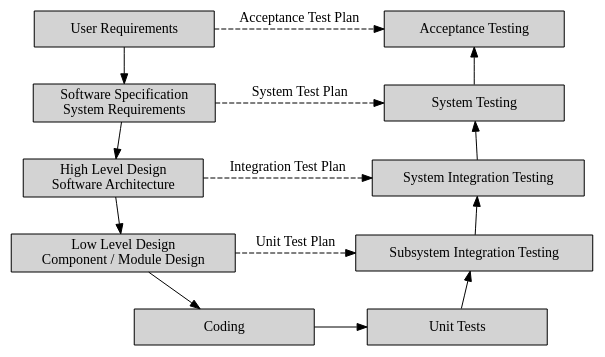
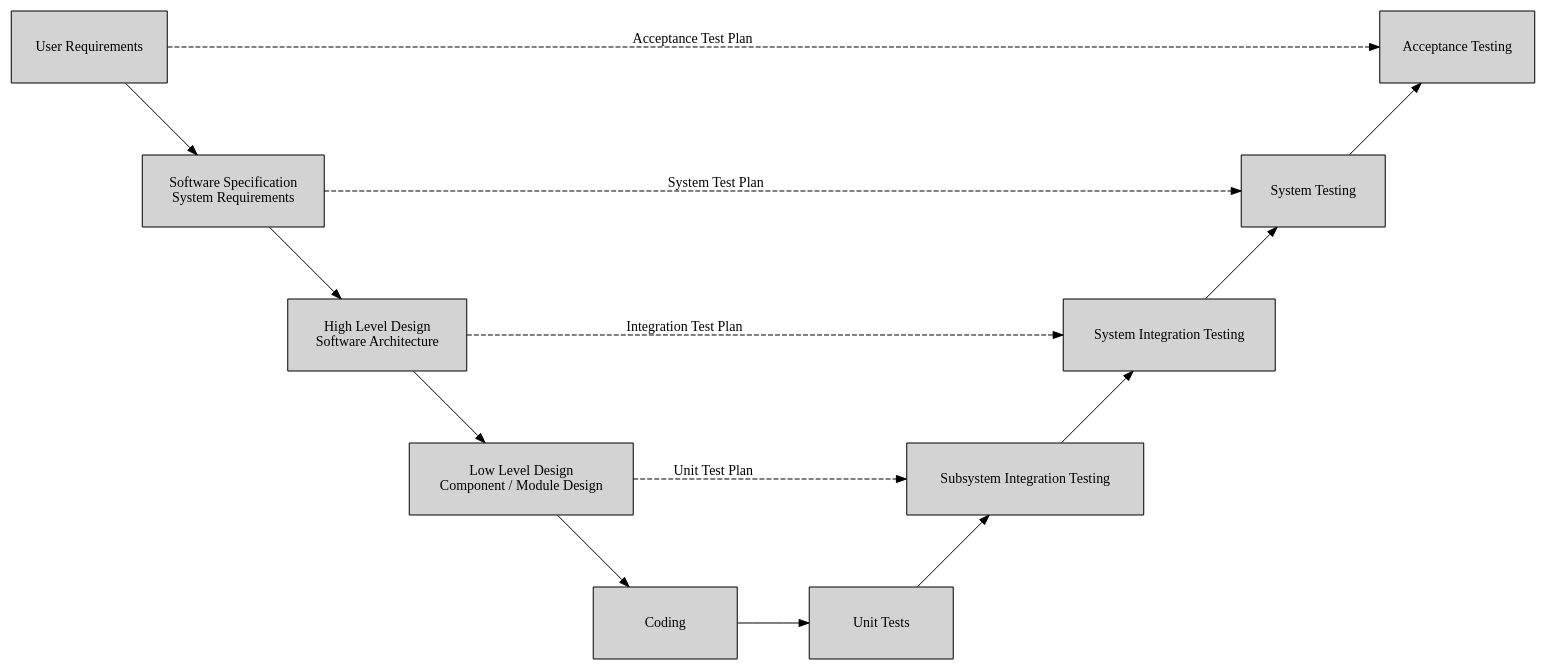
Before and after one commit to plone/plone_best_practices_discussion: the diagram in docs/development_process/test_pyramid.dot, drawn with Graphviz. The commit also changed 1 other file, not shown here.

Commit message:
Diagrams

```diff
--- a/docs/development_process/test_pyramid.dot
+++ b/docs/development_process/test_pyramid.dot
@@ -1,42 +1,45 @@
 graph test_pyramid {
-    rankdir = TB;
+  layout="neato";
+  rankdir = TB;
 
-    node[shape=box
-         style=filled
-         fillcolor=lightgrey
-         width=2.5
-        ];
+  node[shape=box
+       style=filled
+       fillcolor=lightgrey
+       width=2.0
+       height=1.0
+       pin=true
+  ];
 
-    ur      [label="User Requirements"];
-    sws     [label="Software Specification \n System Requirements"];
-    hld     [label="High Level Design \n Software Architecture"];
-    lld     [label="Low Level Design \n Component / Module Design"];
-    coding  [label="Coding"];
-    ut      [label="Unit Tests"];
-    subit   [label="Subsystem Integration Testing"];
-    sit     [label="System Integration Testing"];
-    st      [label="System Testing"];
-    at      [label="Acceptance Testing"];
+  ur      [pos="-8.0,8.0" label="User Requirements"];
+  sws     [pos="-6.0,6.0" label="Software Specification \n System Requirements"];
+  hld     [pos="-4.0,4.0" label="High Level Design \n Software Architecture"];
+  lld     [pos="-2.0,2.0" label="Low Level Design \n Component / Module Design"];
+  coding  [pos="0.0,0.0" label="Coding"];
+  ut      [pos="3.0,0.0" label="Unit Tests"];
+  subit   [pos="5.0,2.0" label="Subsystem Integration Testing"];
+  sit     [pos="7.0,4.0" label="System Integration Testing"];
+  st      [pos="9.0,6.0" label="System Testing"];
+  at      [pos="11.0,8.0" label="Acceptance Testing"];
 
-    ur     -- sws    [dir=forward ];
-    sws    -- hld    [dir=forward ];
-    hld    -- lld    [dir=forward ];
-    lld    -- coding [dir=forward ];
-    coding -- ut     [dir=forward ];
-    ut     -- subit  [dir=forward ];
-    subit  -- sit    [dir=forward ];
-    sit    -- st    [dir=forward ];
-    st     -- at     [dir=forward ];
+  ur     -- sws    [dir=forward ];
+  sws    -- hld    [dir=forward ];
+  hld    -- lld    [dir=forward ];
+  lld    -- coding [dir=forward ];
+  coding -- ut     [dir=forward ];
+  ut     -- subit  [dir=forward ];
+  subit  -- sit    [dir=forward ];
+  sit    -- st    [dir=forward ];
+  st     -- at     [dir=forward ];
 
-    {rank = same; ur; at;}
-    {rank = same; sws; st;}
-    {rank = same; hld; sit;}
-    {rank = same; lld; subit;}
-    {rank = same; coding; ut;}
+  {rank = same; ur; at;}
+  {rank = same; sws; st;}
+  {rank = same; hld; sit;}
+  {rank = same; lld; subit;}
+  {rank = same; coding; ut;}
 
-    ur  -- at    [dir=forward style=dashed label="Acceptance Test Plan"];
-    sws -- st    [dir=forward style=dashed label="System Test Plan"];
-    hld -- sit   [dir=forward style=dashed label="Integration Test Plan" len=3.5];
-    lld -- subit [dir=forward style=dashed label="Unit Test Plan" len=2.5];
+  ur  -- at    [dir=forward style=dashed label="Acceptance Test Plan"];
+  sws -- st    [dir=forward style=dashed label="System Test Plan"];
+  hld -- sit   [dir=forward style=dashed label="Integration Test Plan" len=3.5];
+  lld -- subit [dir=forward style=dashed label="Unit Test Plan" len=2.5];
 
 }
```
